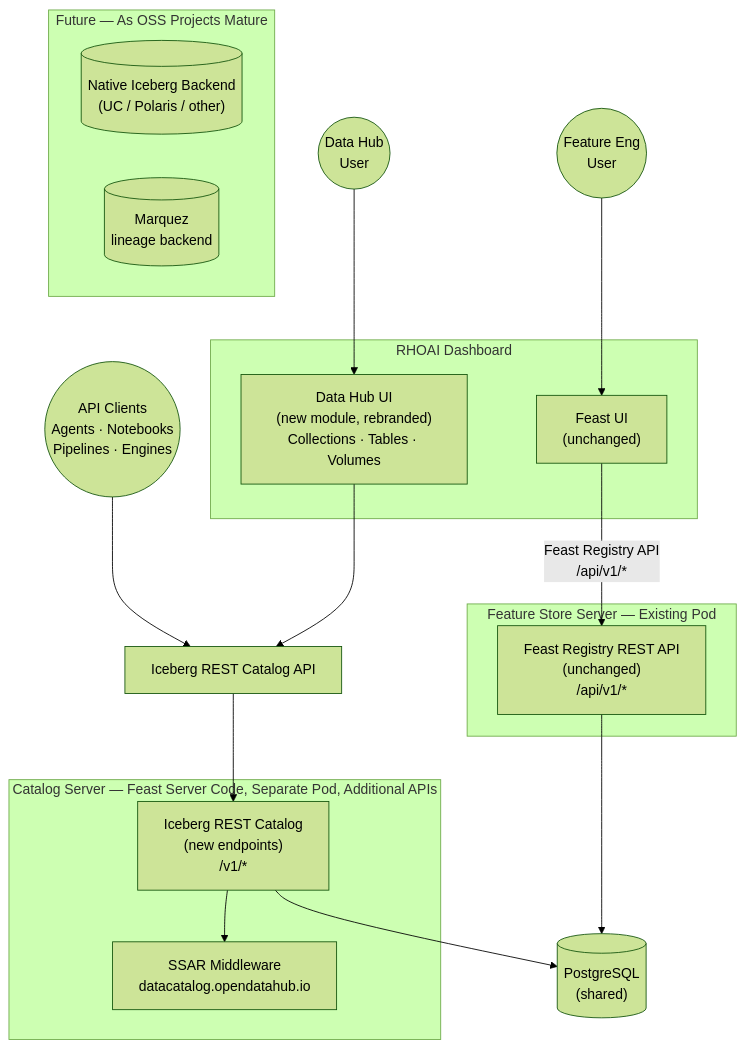
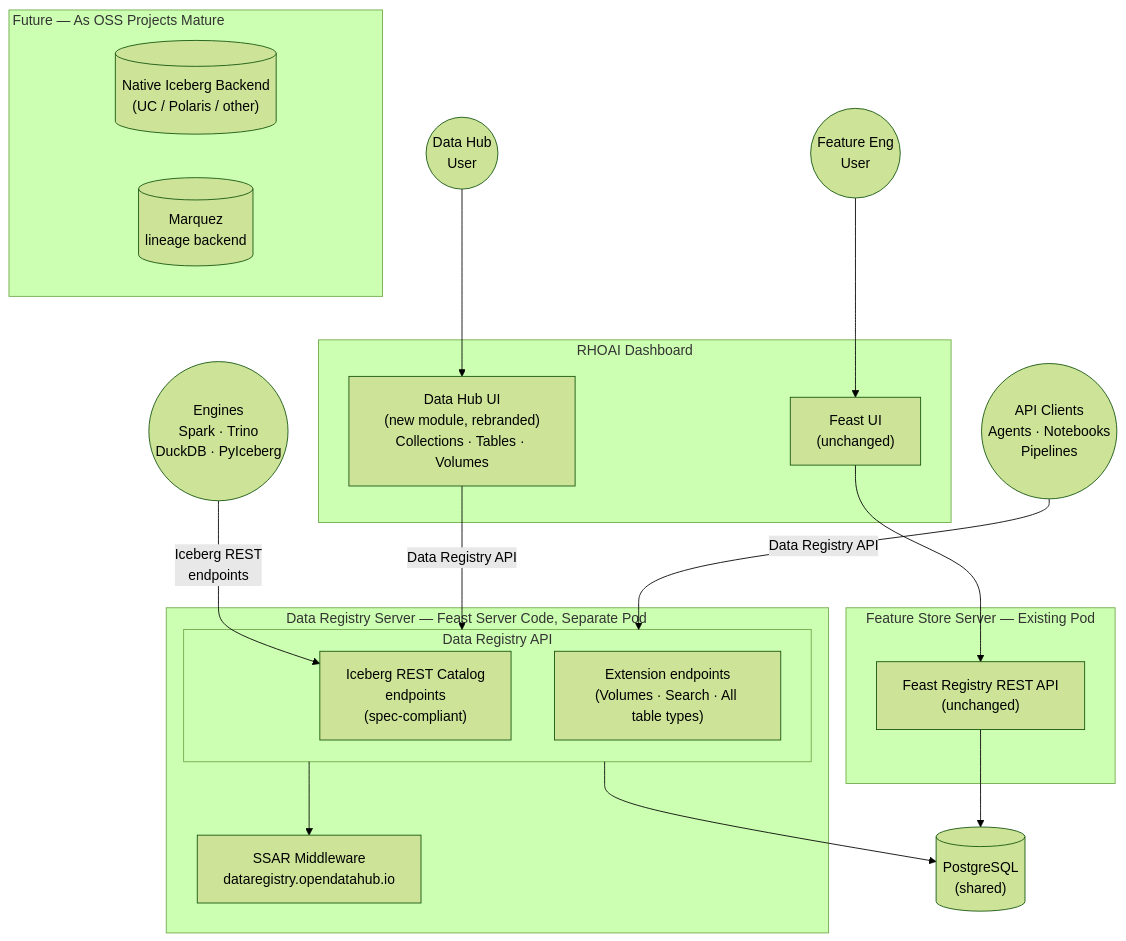
The diagram in architecture-decision-records/data-registry/ODH-ADR-DR-0001-data-catalog-and-registry.md (opendatahub-io/architecture-decision-records), drawn with Mermaid (forest theme) before and after one commit. The commit also changed other lines of this file, not shown here.

````diff
--- a/architecture-decision-records/data-registry/ODH-ADR-DR-0001-data-catalog-and-registry.md
+++ b/architecture-decision-records/data-registry/ODH-ADR-DR-0001-data-catalog-and-registry.md
@@ -98,35 +98,39 @@
 ```mermaid
 flowchart TD
     FEUser((Feature Eng<br/>User)) --> FeastUI
     CatUser((Data Hub<br/>User)) --> DataHubUI
-    API((API Clients<br/>Agents · Notebooks<br/>Pipelines · Engines))
+    API((API Clients<br/>Agents · Notebooks<br/>Pipelines))
+    Engines((Engines<br/>Spark · Trino<br/>DuckDB · PyIceberg))
 
     subgraph dashboard["RHOAI Dashboard"]
         FeastUI["Feast UI<br/>(unchanged)"]
         DataHubUI["Data Hub UI<br/>(new module, rebranded)<br/>Collections · Tables · Volumes"]
     end
 
-    subgraph catalog["Catalog Server — Feast Server Code, Separate Pod, Additional APIs"]
-        CatalogAPI["Iceberg REST Catalog<br/>(new endpoints)<br/>/v1/*"]
-        SSAR["SSAR Middleware<br/>datacatalog.opendatahub.io"]
-        CatalogAPI --> SSAR
+    subgraph catalog["Data Registry Server — Feast Server Code, Separate Pod&nbsp;&nbsp;&nbsp;&nbsp;&nbsp;&nbsp;&nbsp;&nbsp;&nbsp;&nbsp;&nbsp;&nbsp;&nbsp;&nbsp;&nbsp;&nbsp;"]
+        subgraph registryapi["Data Registry API"]
+            IcebergEndpoints["Iceberg REST Catalog<br/>endpoints<br/>(spec-compliant)"]
+            Extensions["Extension endpoints<br/>(Volumes · Search · All table types)"]
+        end
+        SSAR["SSAR Middleware<br/>dataregistry.opendatahub.io"]
+        registryapi --> SSAR
     end
 
     subgraph feast["Feature Store Server — Existing Pod"]
-        FeastAPI["Feast Registry REST API<br/>(unchanged)<br/>/api/v1/*"]
+        FeastAPI["Feast Registry REST API<br/>(unchanged)"]
     end
 
     DB[("PostgreSQL<br/>(shared)")]
-    CatalogAPI --> DB
+    registryapi --> DB
     FeastAPI --> DB
 
-    FeastUI -- "Feast Registry API<br/>/api/v1/*" --> FeastAPI
-    IcebergAPI["Iceberg REST Catalog API"] --> CatalogAPI
-    DataHubUI --> IcebergAPI
-    API --> IcebergAPI
+    FeastUI --> FeastAPI
+    DataHubUI -- "Data Registry API" --> registryapi
+    API -- "Data Registry API" --> registryapi
+    Engines -- "Iceberg REST<br/>endpoints" --> IcebergEndpoints
 
-    subgraph future["Future — As OSS Projects Mature"]
+    subgraph future["Future — As OSS Projects Mature&nbsp;&nbsp;&nbsp;&nbsp;&nbsp;&nbsp;&nbsp;&nbsp;&nbsp;&nbsp;&nbsp;&nbsp;&nbsp;&nbsp;&nbsp;&nbsp;&nbsp;&nbsp;&nbsp;&nbsp;&nbsp;&nbsp;&nbsp;&nbsp;&nbsp;&nbsp;&nbsp;&nbsp;&nbsp;&nbsp;&nbsp;&nbsp;&nbsp;&nbsp;&nbsp;&nbsp;&nbsp;&nbsp;&nbsp;&nbsp;"]
         UC[("Native Iceberg Backend<br/>(UC / Polaris / other)")]
         Marquez[("Marquez<br/>lineage backend")]
     end
 ```
````
